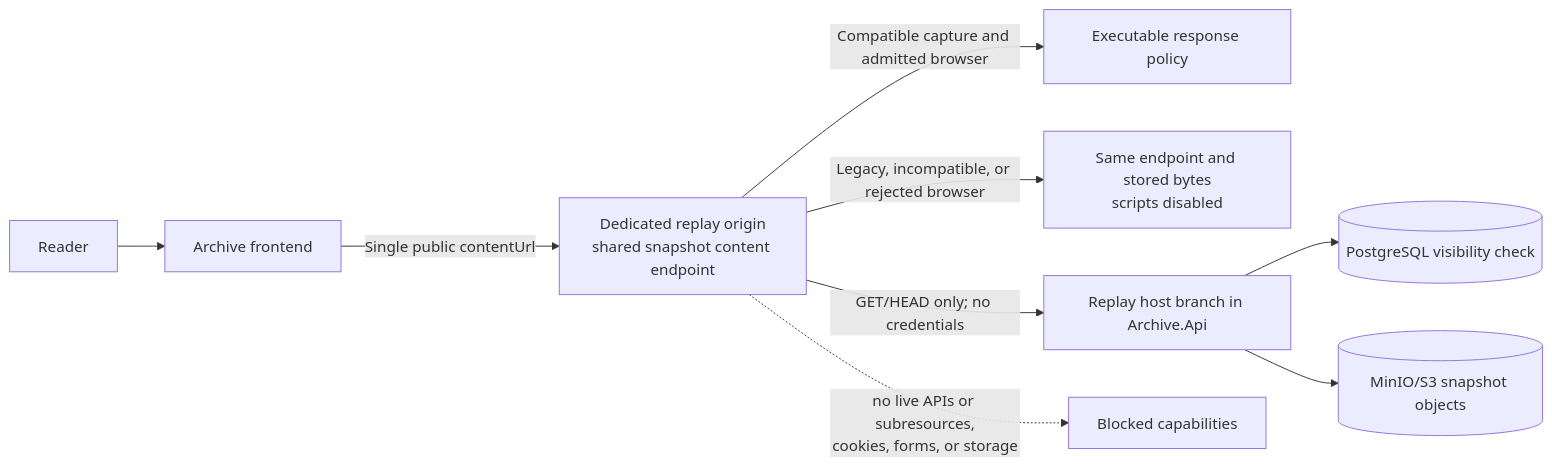
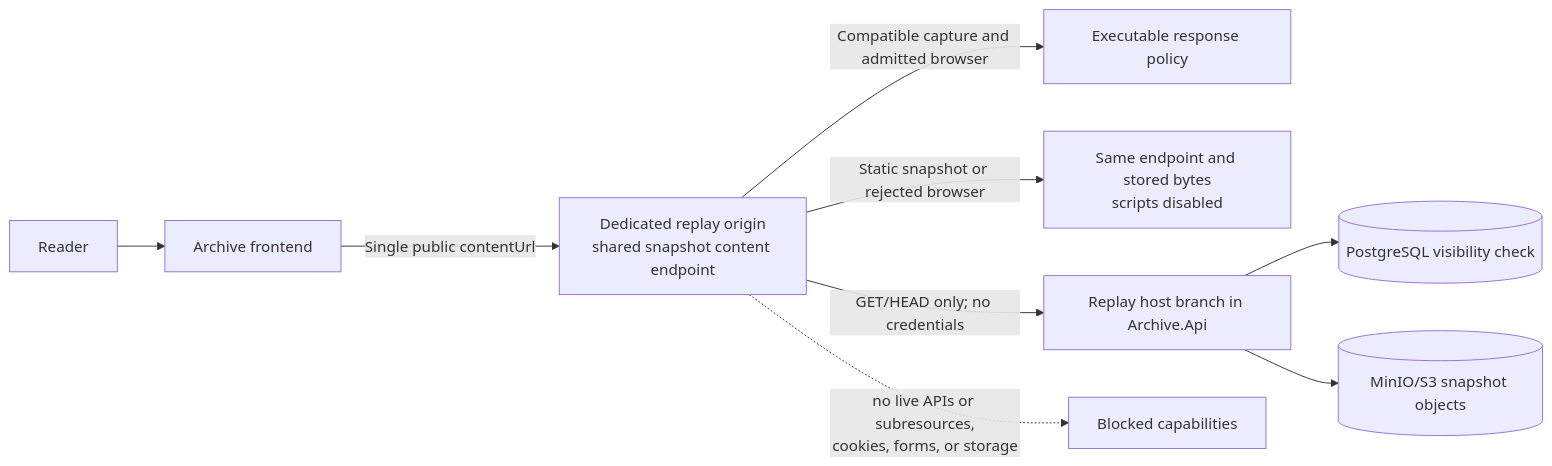
Before and after one commit to schmolldechse/archive: the diagram in docs/interactive-archive-replay-proposal.md, drawn with Mermaid. The commit also changed other lines of this file and 25 other files, not shown here.

````diff
--- a/docs/interactive-archive-replay-proposal.md
+++ b/docs/interactive-archive-replay-proposal.md
@@ -51,11 +51,11 @@
 ```mermaid
 flowchart LR
     Reader[Reader] --> Frontend[Archive frontend]
     Frontend -->|Single public contentUrl| Replay[Dedicated replay origin<br/>shared snapshot content endpoint]
     Replay -->|Compatible capture and admitted browser| Interactive[Executable response policy]
-    Replay -->|Legacy, incompatible, or rejected browser| Static[Same endpoint and stored bytes<br/>scripts disabled]
+    Replay -->|Static snapshot or rejected browser| Static[Same endpoint and stored bytes<br/>scripts disabled]
     Replay -->|GET/HEAD only; no credentials| APIHost[Replay host branch in Archive.Api]
     APIHost --> Database[(PostgreSQL visibility check)]
     APIHost --> Objects[(MinIO/S3 snapshot objects)]
     Replay -. no live APIs or subresources,<br/>cookies, forms, or storage .-> Blocked[Blocked capabilities]
 ```
````
